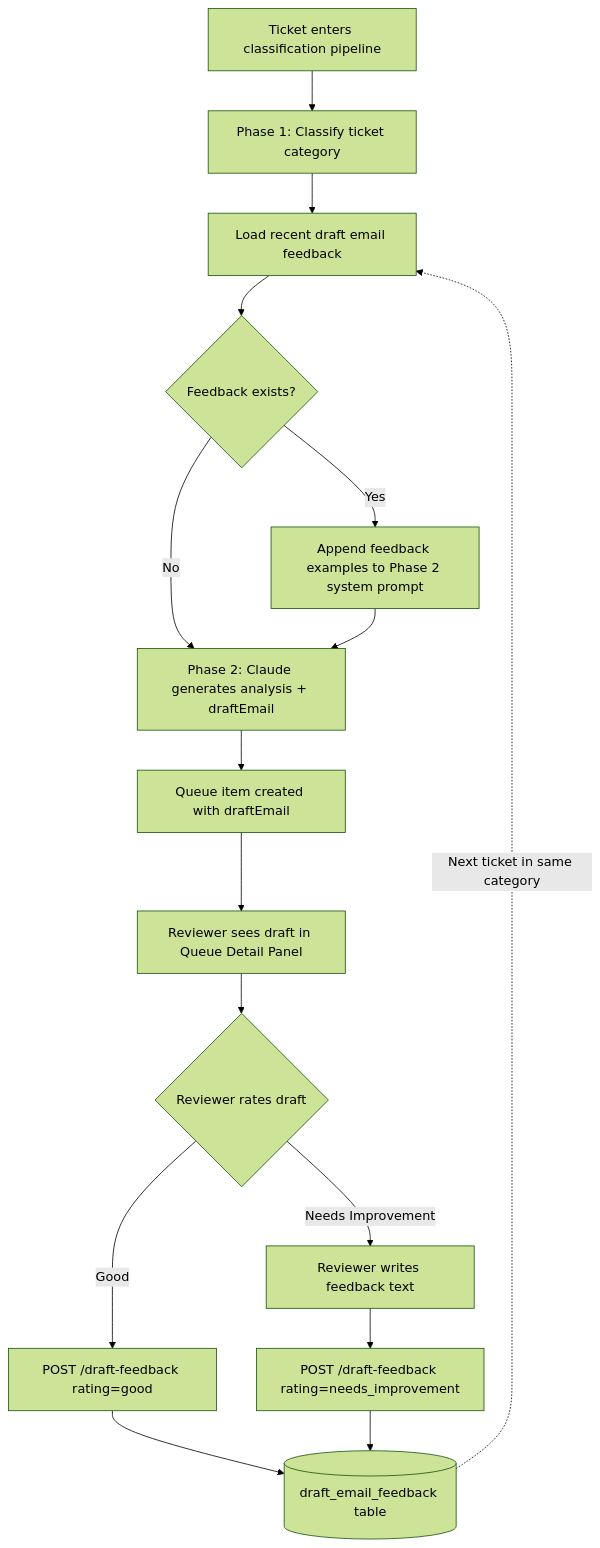
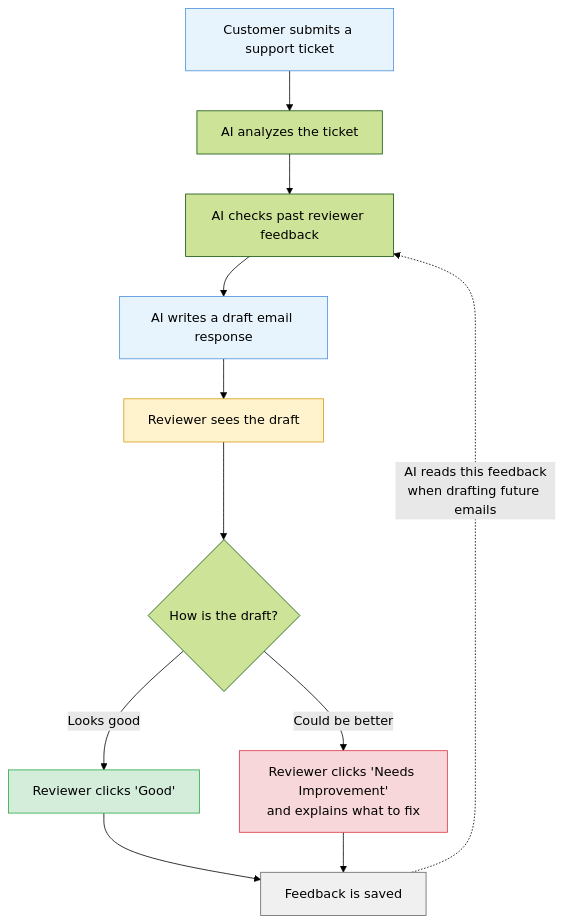
The first of 4 diagrams in draft-email-feedback.md (RyanJericDev/diagrams), drawn with Mermaid (forest theme) before and after one commit. The commit also changed other lines of this file, not shown here.

Commit message:
Simplify draft email feedback documentation with clearer diagrams and plain language

````diff
--- a/draft-email-feedback.md
+++ b/draft-email-feedback.md
@@ -9,18 +11,20 @@
 ```mermaid
 flowchart TD
-    A[Ticket enters classification pipeline] --> B[Phase 1: Classify ticket category]
-    B --> C[Load recent draft email feedback]
-    C --> D{Feedback exists?}
-    D -- Yes --> E[Append feedback examples to Phase 2 system prompt]
-    D -- No --> F[Phase 2: Claude generates analysis + draftEmail]
-    E --> F
-    F --> G[Queue item created with draftEmail]
-    G --> H[Reviewer sees draft in Queue Detail Panel]
-    H --> I{Reviewer rates draft}
-    I -- Good --> J[POST /draft-feedback rating=good]
-    I -- Needs Improvement --> K[Reviewer writes feedback text]
-    K --> L[POST /draft-feedback rating=needs_improvement]
-    J --> M[(draft_email_feedback table)]
-    L --> M
-    M -.->|Next ticket in same category| C
+    A["Customer submits a support ticket"] --> B["AI analyzes the ticket"]
+    B --> C["AI checks past reviewer feedback"]
+    C --> D["AI writes a draft email response"]
+    D --> E["Reviewer sees the draft"]
+    E --> F{"How is the draft?"}
+    F -- "Looks good" --> G["Reviewer clicks 'Good'"]
+    F -- "Could be better" --> H["Reviewer clicks 'Needs Improvement'\nand explains what to fix"]
+    G --> I["Feedback is saved"]
+    H --> I
+    I -.-> |"AI reads this feedback\nwhen drafting future emails"| C
+
+    style A fill:#e8f4fd,stroke:#4a90d9
+    style D fill:#e8f4fd,stroke:#4a90d9
+    style E fill:#fff3cd,stroke:#d4a017
+    style G fill:#d4edda,stroke:#28a745
+    style H fill:#f8d7da,stroke:#dc3545
+    style I fill:#f0f0f0,stroke:#666
 ```
````
